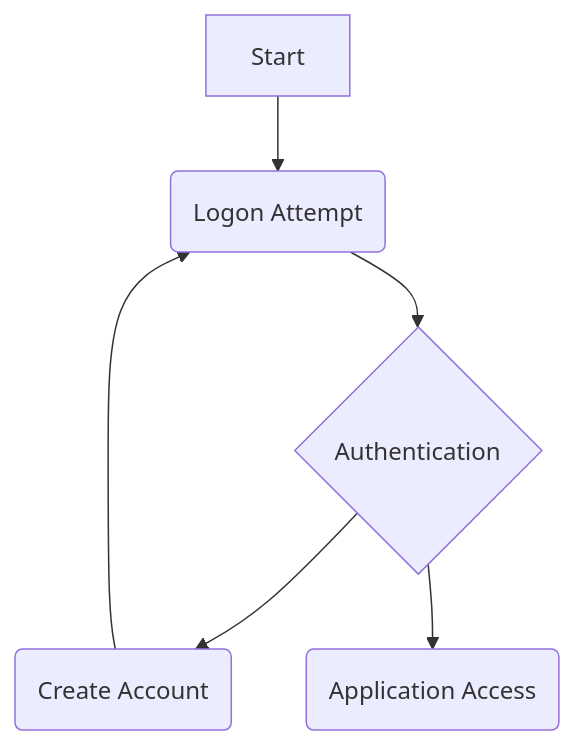
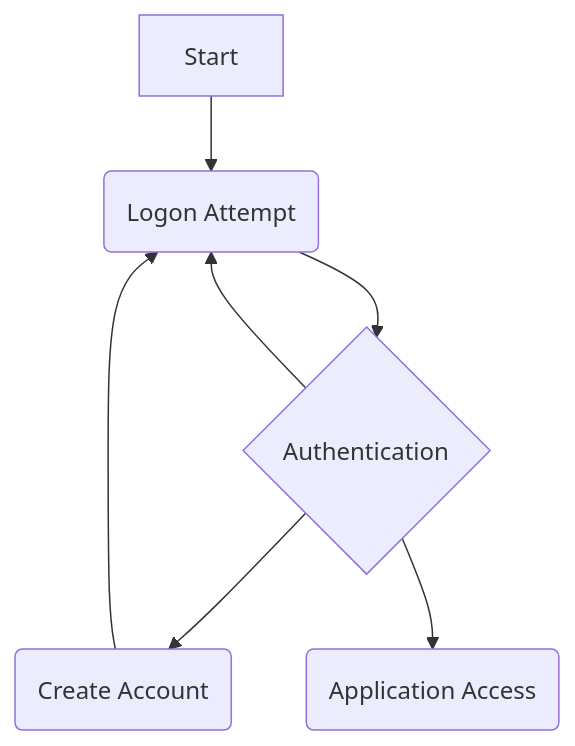
Before and after one commit to DaveM86/Authentication: the first of 4 diagrams in Overview.md, drawn with Mermaid. The commit also changed other lines of this file and 3 other files, not shown here.

Commit message:
Updated Class Diagrams

````diff
--- a/Overview.md
+++ b/Overview.md
@@ -2,8 +2,9 @@
 ```mermaid
 graph TD;
     A[Start]-->B(Logon Attempt);
     B-->C{Authentication};
+    C-->B;
     C-->D(Create Account);
     D-->B;
     C-->E(Application Access);
 ```
````
